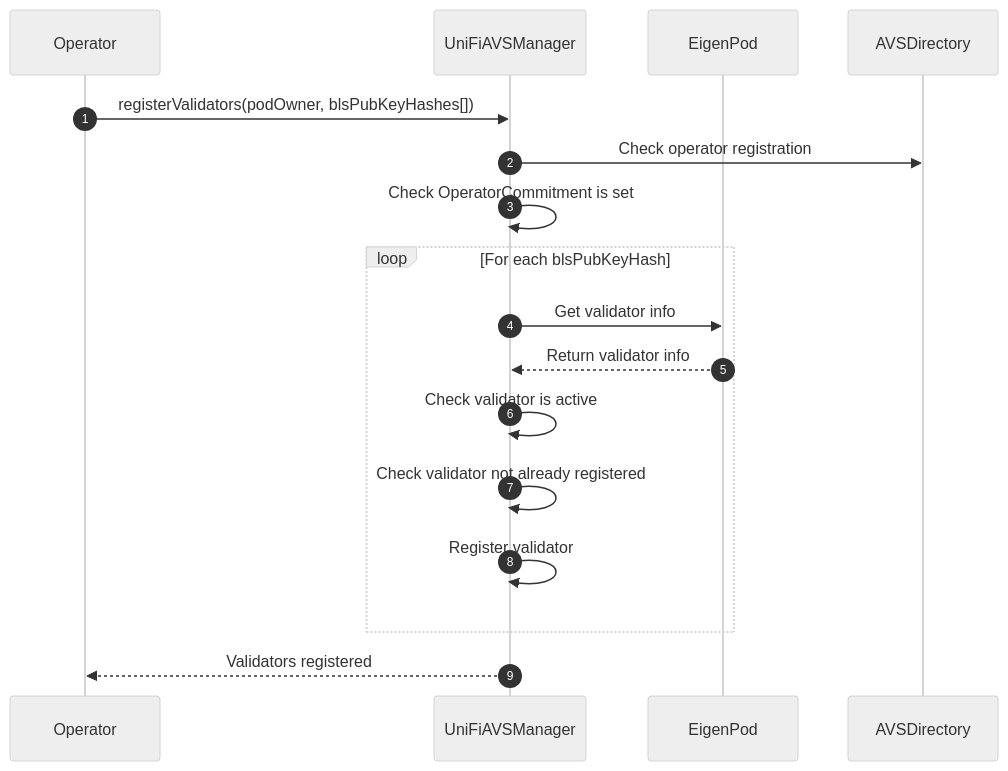
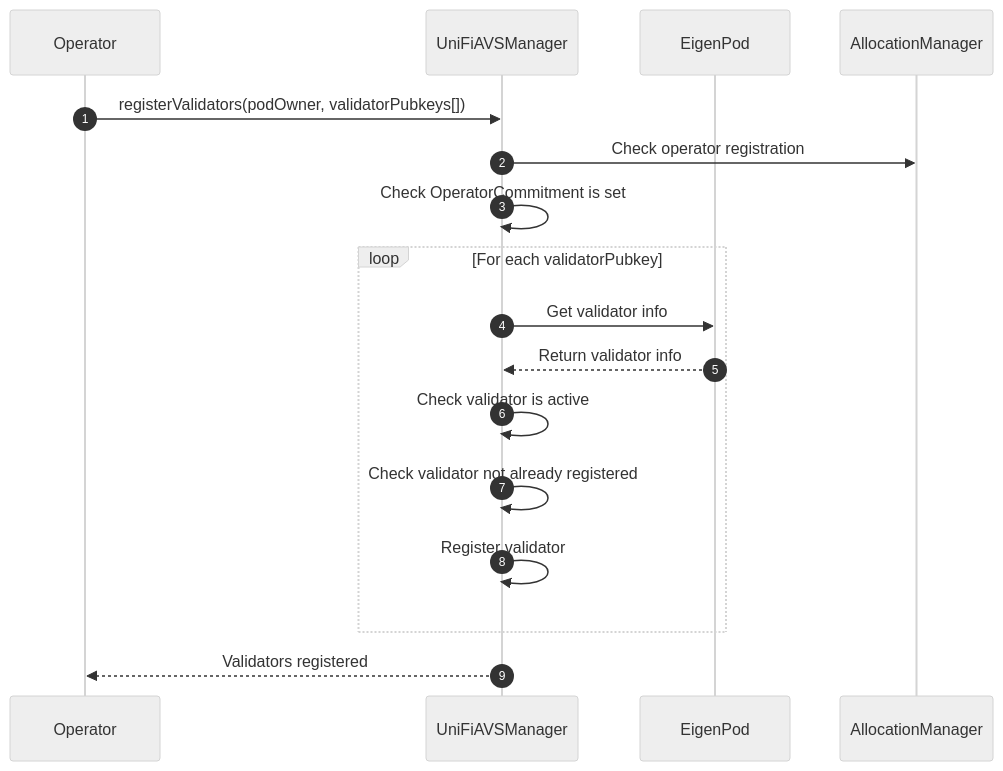
The third of 5 diagrams in avs-manager/docs/registration.md (PufferFinance/Puffer-Preconf), drawn with Mermaid (neutral theme) before and after one commit. The commit also changed other lines of this file, not shown here.

````diff
--- a/avs-manager/docs/registration.md
+++ b/avs-manager/docs/registration.md
@@ -117,20 +113,20 @@
 ```mermaid
 sequenceDiagram
     autonumber
     participant Operator
     participant UniFiAVSManager
     participant EigenPod
-    participant AVSDirectory
+    participant AllocationManager
 
-    Operator->>UniFiAVSManager: registerValidators(podOwner, blsPubKeyHashes[])
-    UniFiAVSManager->>AVSDirectory: Check operator registration
+    Operator->>UniFiAVSManager: registerValidators(podOwner, validatorPubkeys[])
+    UniFiAVSManager->>AllocationManager: Check operator registration
     UniFiAVSManager->>UniFiAVSManager: Check OperatorCommitment is set
-    loop For each blsPubKeyHash
+    loop For each validatorPubkey
         UniFiAVSManager->>EigenPod: Get validator info
         EigenPod-->>UniFiAVSManager: Return validator info
         UniFiAVSManager->>UniFiAVSManager: Check validator is active
         UniFiAVSManager->>UniFiAVSManager: Check validator not already registered
         UniFiAVSManager->>UniFiAVSManager: Register validator
     end
     UniFiAVSManager-->>Operator: Validators registered
 ```
````
